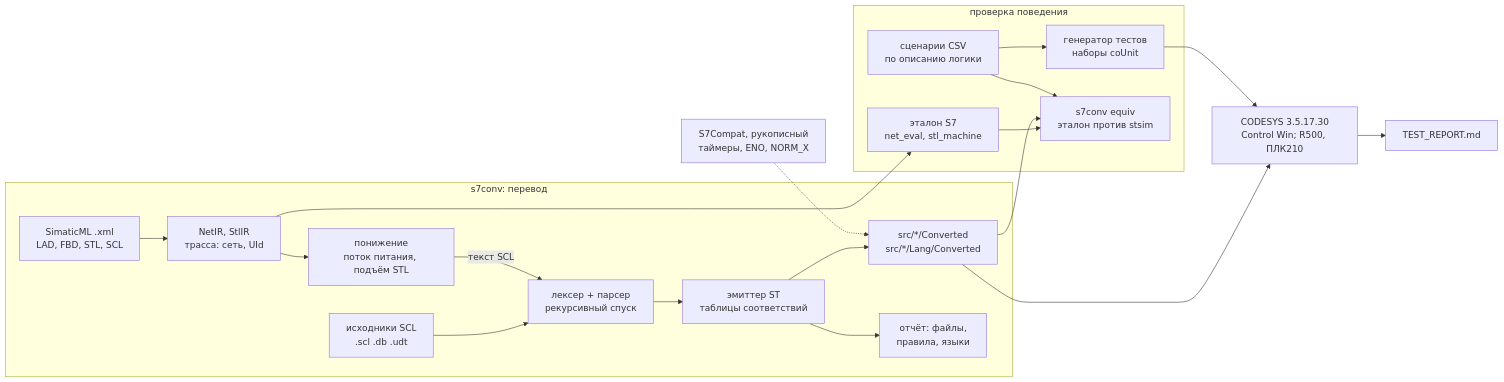
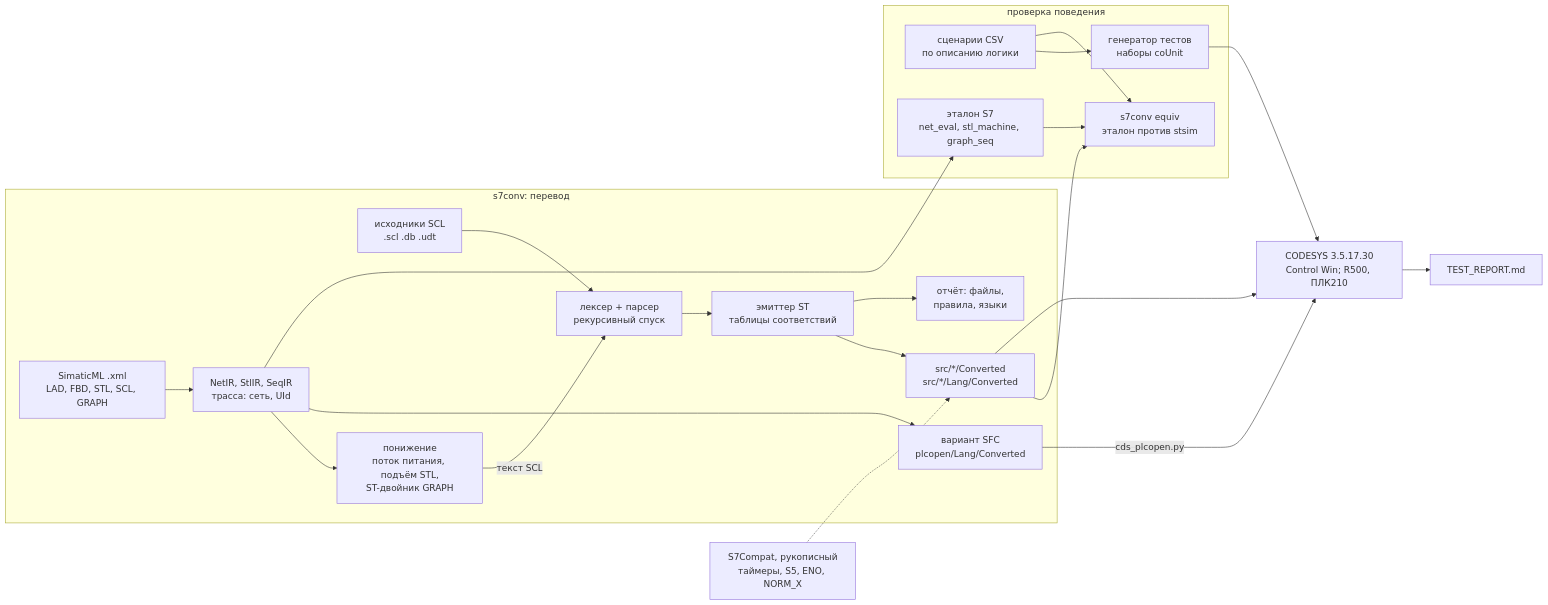
The diagram in README.md (kr0nsch/s7-to-codesys), drawn with Mermaid before and after one commit. The commit also changed other lines of this file and 22 other files, not shown here.

First line of the commit message:
docs: выпуск 1.2.0 — S7-GRAPH (ST-двойник и SFC), таймеры S5, проверки

````diff
--- a/README.md
+++ b/README.md
@@ -361,23 +392,25 @@
 ```mermaid
 flowchart LR
     subgraph conv["s7conv: перевод"]
         scl["исходники SCL<br/>.scl .db .udt"] --> parse["лексер + парсер<br/>рекурсивный спуск"]
-        xml["SimaticML .xml<br/>LAD, FBD, STL, SCL"] --> ir["NetIR, StlIR<br/>трасса: сеть, UId"]
-        ir --> low["понижение<br/>поток питания, подъём STL"]
+        xml["SimaticML .xml<br/>LAD, FBD, STL, SCL, GRAPH"] --> ir["NetIR, StlIR, SeqIR<br/>трасса: сеть, UId"]
+        ir --> low["понижение<br/>поток питания, подъём STL,<br/>ST-двойник GRAPH"]
+        ir --> sfc["вариант SFC<br/>plcopen/Lang/Converted"]
         low -->|"текст SCL"| parse
         parse --> emit["эмиттер ST<br/>таблицы соответствий"]
         emit --> layout["src/*/Converted<br/>src/*/Lang/Converted"]
         emit --> rep["отчёт: файлы,<br/>правила, языки"]
     end
     subgraph beh["проверка поведения"]
         csv["сценарии CSV<br/>по описанию логики"] --> gen["генератор тестов<br/>наборы coUnit"]
-        ref["эталон S7<br/>net_eval, stl_machine"] --> eq["s7conv equiv<br/>эталон против stsim"]
+        ref["эталон S7<br/>net_eval, stl_machine, graph_seq"] --> eq["s7conv equiv<br/>эталон против stsim"]
     end
     ir --> ref
     layout --> eq
     csv --> eq
-    compat["S7Compat, рукописный<br/>таймеры, ENO, NORM_X"] -.-> layout
+    compat["S7Compat, рукописный<br/>таймеры, S5, ENO, NORM_X"] -.-> layout
     layout --> cds["CODESYS 3.5.17.30<br/>Control Win; R500, ПЛК210"]
     gen --> cds
+    sfc -->|"cds_plcopen.py"| cds
     cds --> trep["TEST_REPORT.md"]
 ```
````
